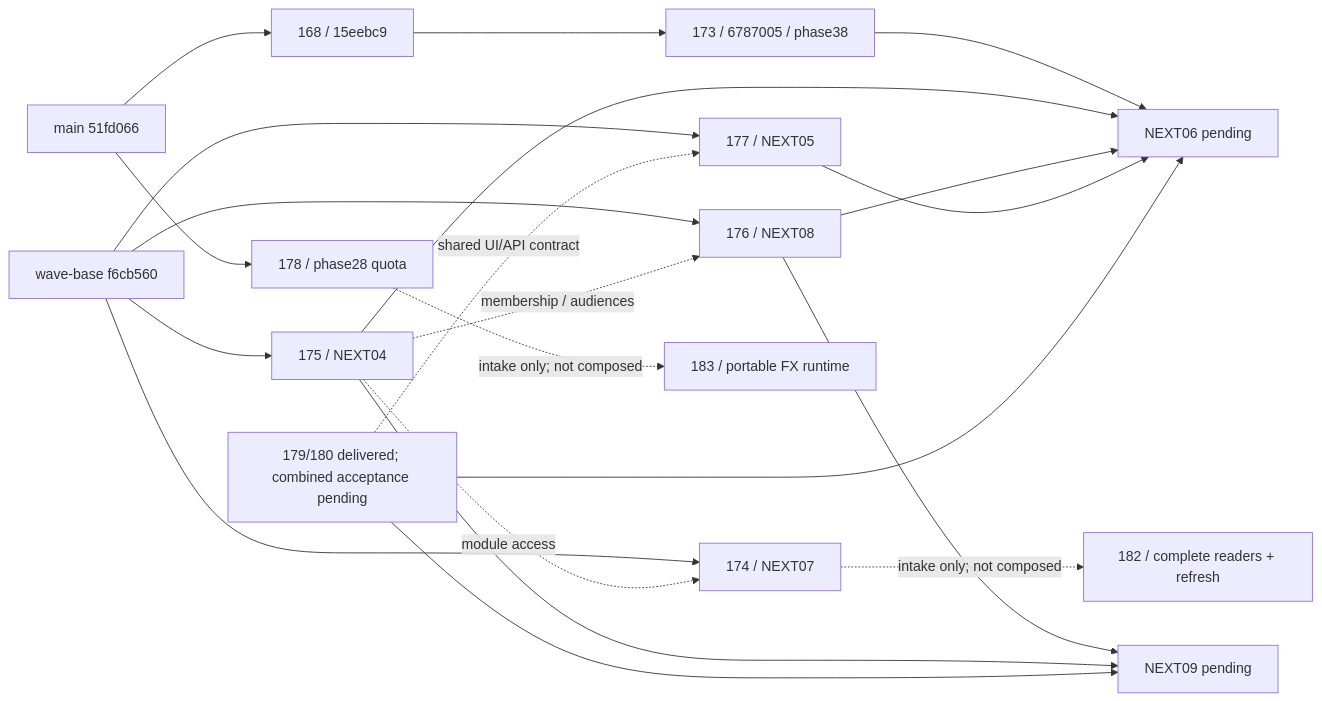
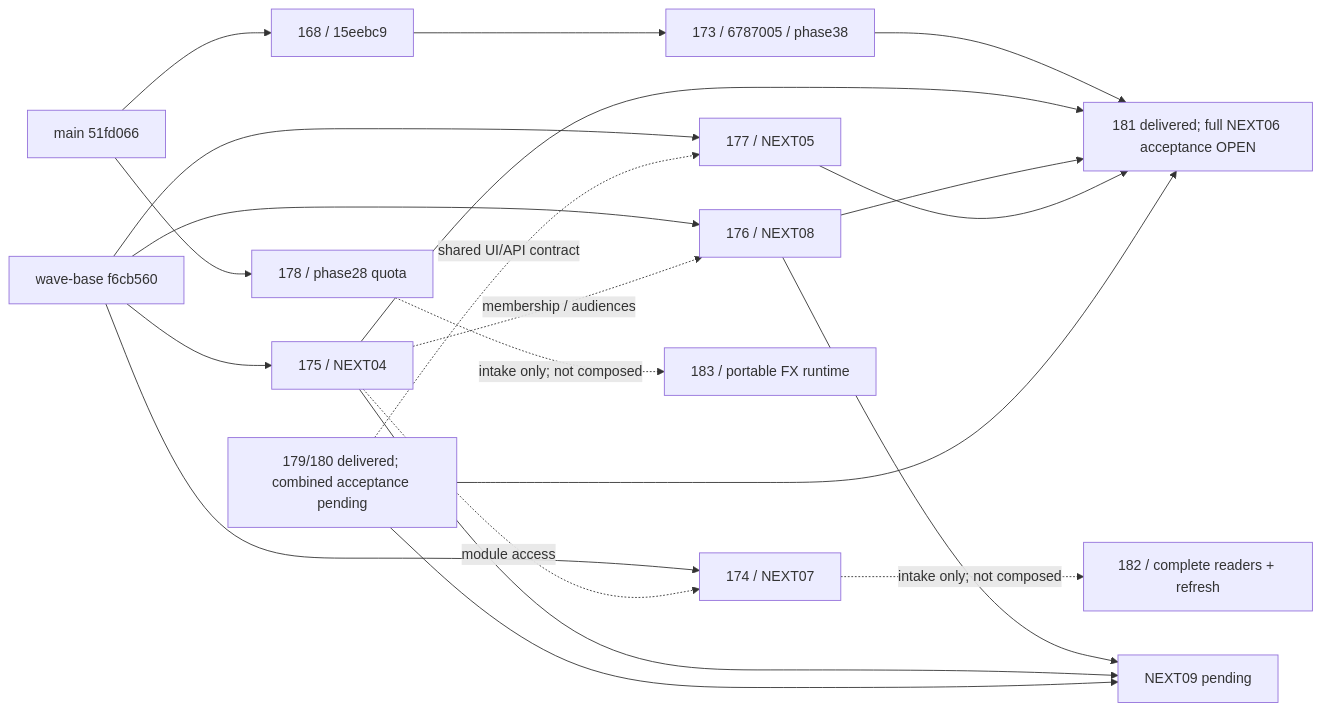
One commit to safariarash7777-source/portfolio-platform changed the diagram in docs/ops/seasonal-program/FOLLOWUP-06-RESULT.md. Above: the diagram before and after it, drawn with Mermaid. The commit also changed other lines of this file and 1 other file, not shown here.

Commit message:
docs(followup06): inventory NEXT06 delivery and limited acceptance gates

````diff
--- a/docs/ops/seasonal-program/FOLLOWUP-06-RESULT.md
+++ b/docs/ops/seasonal-program/FOLLOWUP-06-RESULT.md
@@ -96,23 +113,23 @@
 ```mermaid
 flowchart LR
   MAIN["main 51fd066"] --> P168["168 / 15eebc9"]
   P168 --> P173["173 / 6787005 / phase38"]
   BASE["wave-base f6cb560"] --> P175["175 / NEXT04"]
   BASE --> P174["174 / NEXT07"]
   BASE --> P176["176 / NEXT08"]
   BASE --> P177["177 / NEXT05"]
   P175 -. "module access" .-> P174
   P174 -. "intake only; not composed" .-> F182["182 / complete readers + refresh"]
   P175 -. "membership / audiences" .-> P176
   MAIN --> P178["178 / phase28 quota"]
   P178 -. "intake only; not composed" .-> F183["183 / portable FX runtime"]
-  P173 --> N06["NEXT06 pending"]
+  P173 --> N06["181 delivered; full NEXT06 acceptance OPEN"]
   P175 --> N06
   P176 --> N06
   P177 --> N06
   AUTH["179/180 delivered; combined acceptance pending"] --> N06
   AUTH -. "shared UI/API contract" .-> P177
   P176 --> N09["NEXT09 pending"]
   P175 --> N09
   AUTH --> N09
 ```
````
